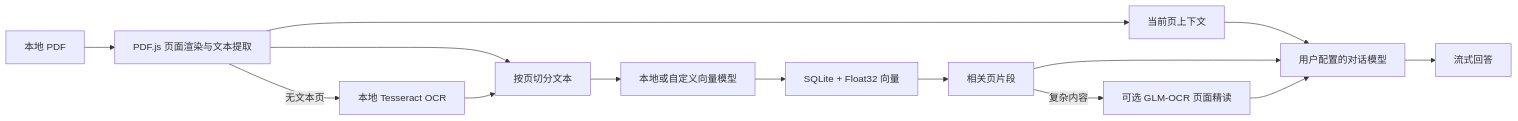
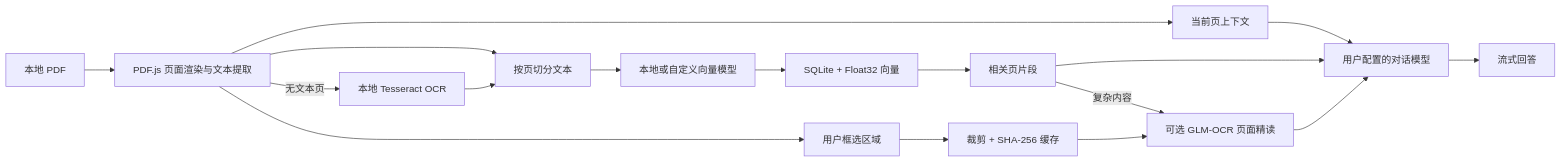
The diagram in README.md (Aana11/margin-pdf-reader), drawn with Mermaid before and after one commit. The commit also changed other lines of this file and 17 other files, not shown here.

````diff
--- a/README.md
+++ b/README.md
@@ -58,16 +63,19 @@
 ```mermaid
 flowchart LR
     PDF[本地 PDF] --> JS[PDF.js 页面渲染与文本提取]
     JS --> PAGE[当前页上下文]
     JS -->|无文本页| OCR[本地 Tesseract OCR]
     JS --> CHUNK[按页切分文本]
     OCR --> CHUNK
     CHUNK --> EMBED[本地或自定义向量模型]
     EMBED --> INDEX[SQLite + Float32 向量]
     INDEX --> MATCH[相关页片段]
     MATCH -->|复杂内容| GLM[可选 GLM-OCR 页面精读]
+    JS --> SELECT[用户框选区域]
+    SELECT --> CROP[裁剪 + SHA-256 缓存]
+    CROP --> GLM
     PAGE --> CHAT[用户配置的对话模型]
     MATCH --> CHAT
     GLM --> CHAT
     CHAT --> UI[流式回答]
 ```
````
